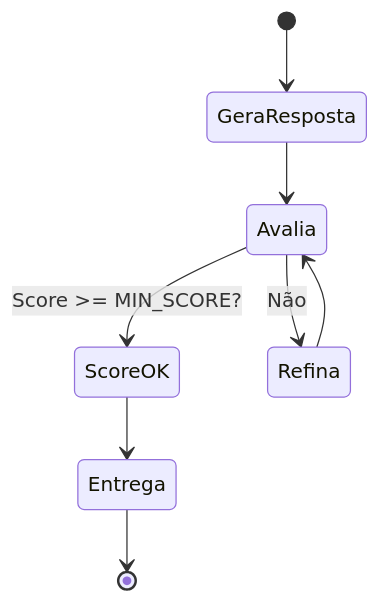
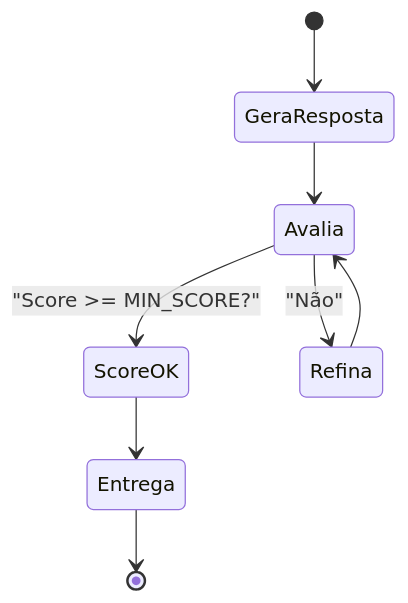
One commit to danilogmoura/applied-ai-agents changed the diagram in modules/p3a1_self_eval/MATERIAL.md. Above: the diagram before and after it, drawn with Mermaid. The commit also changed other lines of this file and 15 other files, not shown here.

````diff
--- a/modules/p3a1_self_eval/MATERIAL.md
+++ b/modules/p3a1_self_eval/MATERIAL.md
@@ -205,10 +216,10 @@
 ```mermaid
 stateDiagram-v2
     [*] --> GeraResposta
     GeraResposta --> Avalia
-    Avalia --> ScoreOK: Score >= MIN_SCORE?
+    Avalia --> ScoreOK: "Score >= MIN_SCORE?"
     ScoreOK --> Entrega
-    Avalia --> Refina: Não
+    Avalia --> Refina: "Não"
     Refina --> Avalia
     Entrega --> [*]
 ```
````
